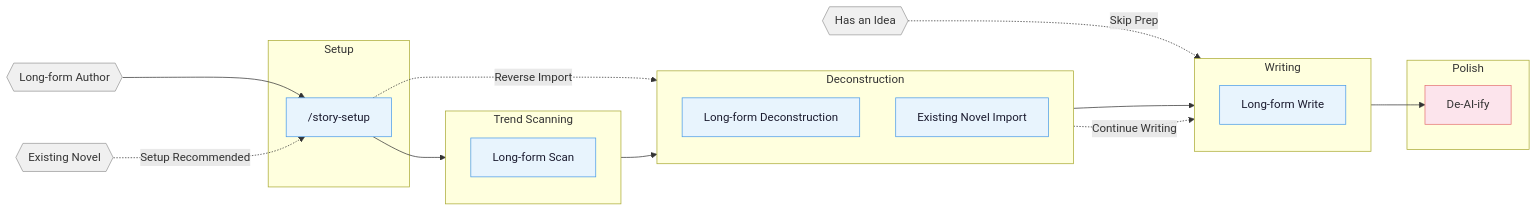
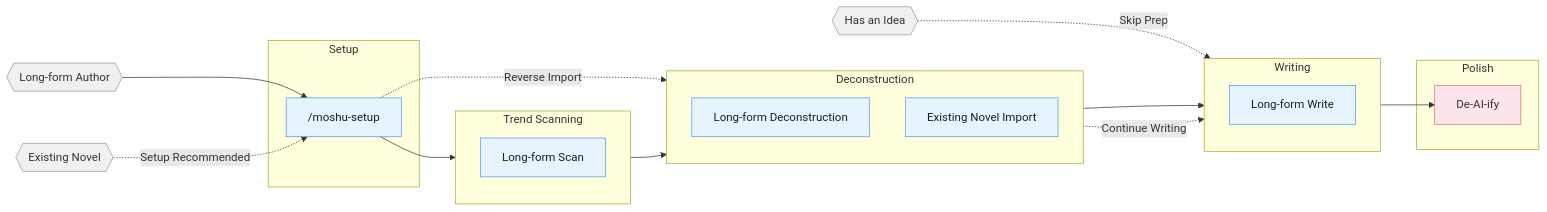
The diagram in README_EN.md (Chained1001/mo-shu), drawn with Mermaid before and after one commit. The commit also changed other lines of this file and 320 other files, not shown here.

First line of the commit message:
refactor: 技能更名为 moshu-* 前缀（区分原版 oh-story）

````diff
--- a/README_EN.md
+++ b/README_EN.md
@@ -25,44 +25,44 @@
 ```mermaid
 flowchart LR
     classDef entry fill:#f0f0f0,color:#333,stroke:#999,stroke-width:1px
     classDef phase fill:#e8f4fd,color:#1a1a2e,stroke:#4a9be8,stroke-width:1px
     classDef final fill:#fce4ec,color:#333,stroke:#e57373,stroke-width:1px
 
     entry_l{{"Long-form Author"}}:::entry
     entry_r{{"Has an Idea"}}:::entry
     entry_i{{"Existing Novel"}}:::entry
 
     subgraph S0 ["  Setup"]
-        setup["/story-setup"]:::phase
+        setup["/moshu-setup"]:::phase
     end
 
     subgraph S1 ["  Trend Scanning"]
         direction TB
         scan_l["Long-form Scan"]:::phase
     end
 
     subgraph S2 ["  Deconstruction"]
         direction TB
         analyze_l["Long-form Deconstruction"]:::phase
         import_l["Existing Novel Import"]:::phase
     end
 
     subgraph S3 ["  Writing"]
         direction TB
         write_l["Long-form Write"]:::phase
     end
 
     subgraph S4 ["  Polish"]
         deslop["De-AI-ify"]:::final
     end
 
     entry_l --> setup
     setup --> scan_l
     scan_l --> analyze_l
     analyze_l --> write_l
     entry_r -.->|Skip Prep| write_l
     entry_i -.->|Setup Recommended| setup
     setup -.->|Reverse Import| import_l
     import_l -.->|Continue Writing| write_l
     write_l --> deslop
 ```
````
